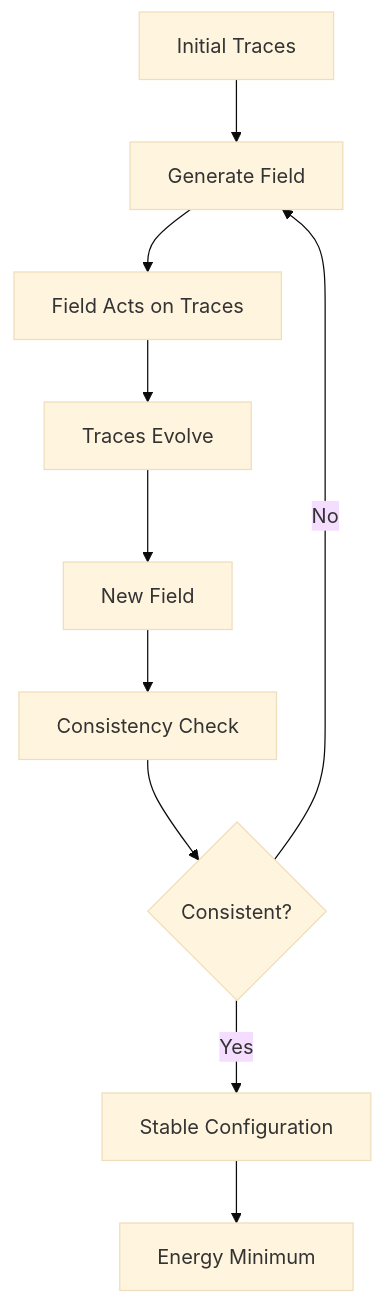
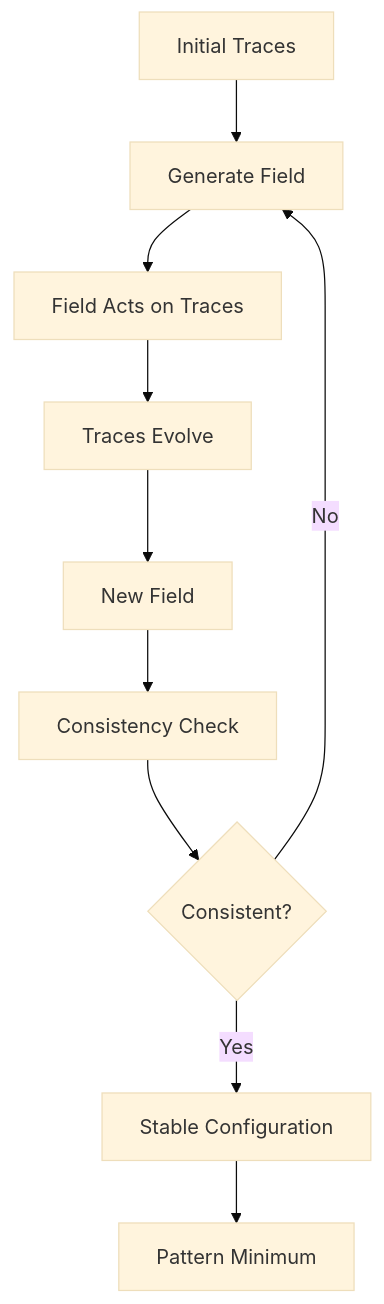
The first of 2 diagrams in docs/psi-structum/book-1-collapse-ontology/part-02-golden-trace-spectral/chapter-028-self-consistent-field-trace.md (loning/the-phys), drawn with Mermaid (base theme) before and after one commit. The commit also changed other lines of this file and 20 other files, not shown here.

````diff
--- a/docs/psi-structum/book-1-collapse-ontology/part-02-golden-trace-spectral/chapter-028-self-consistent-field-trace.md
+++ b/docs/psi-structum/book-1-collapse-ontology/part-02-golden-trace-spectral/chapter-028-self-consistent-field-trace.md
@@ -80,12 +86,12 @@
 ```mermaid
 graph TD
     A[Initial Traces] --> B[Generate Field]
     B --> C[Field Acts on Traces]
     C --> D[Traces Evolve]
     D --> E[New Field]
     E --> F[Consistency Check]
     F --> G{Consistent?}
     G -->|No| B
     G -->|Yes| H[Stable Configuration]
-    H --> I[Energy Minimum]
+    H --> I[Pattern Minimum]
 ```
````
